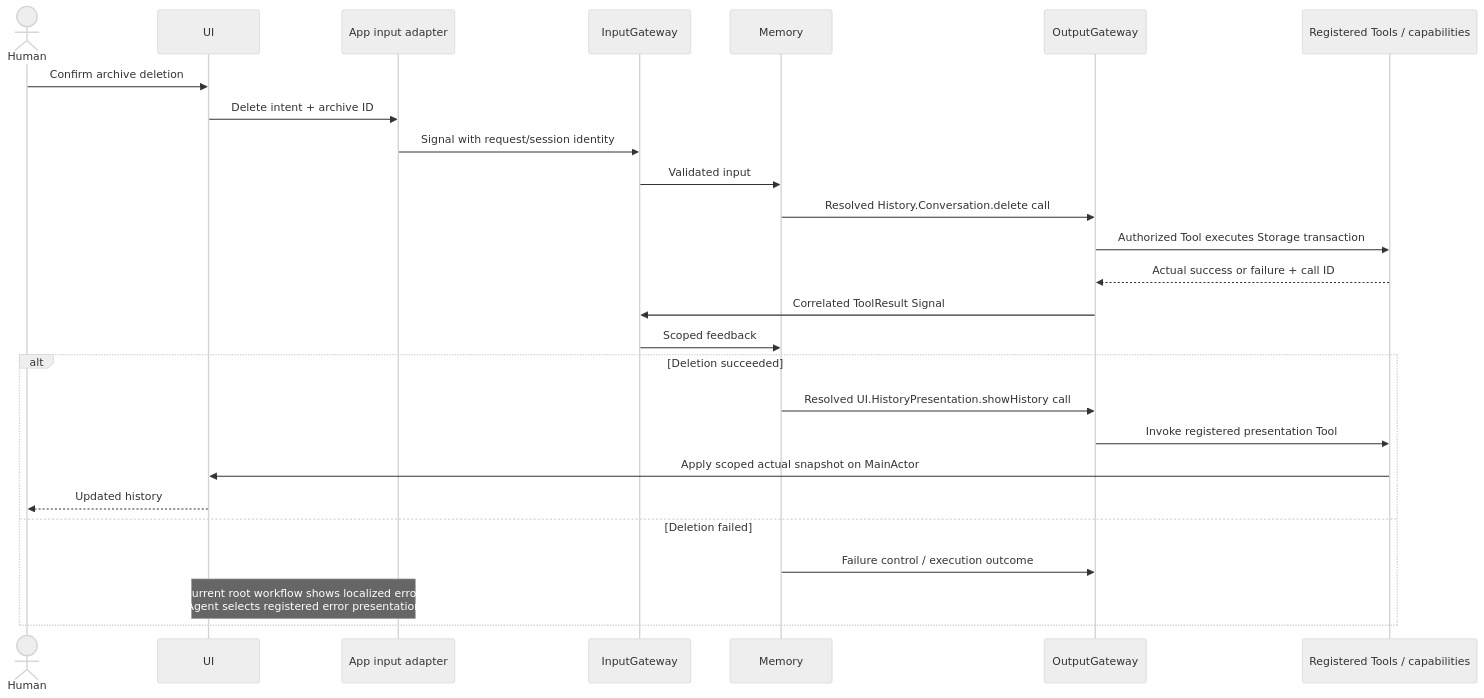
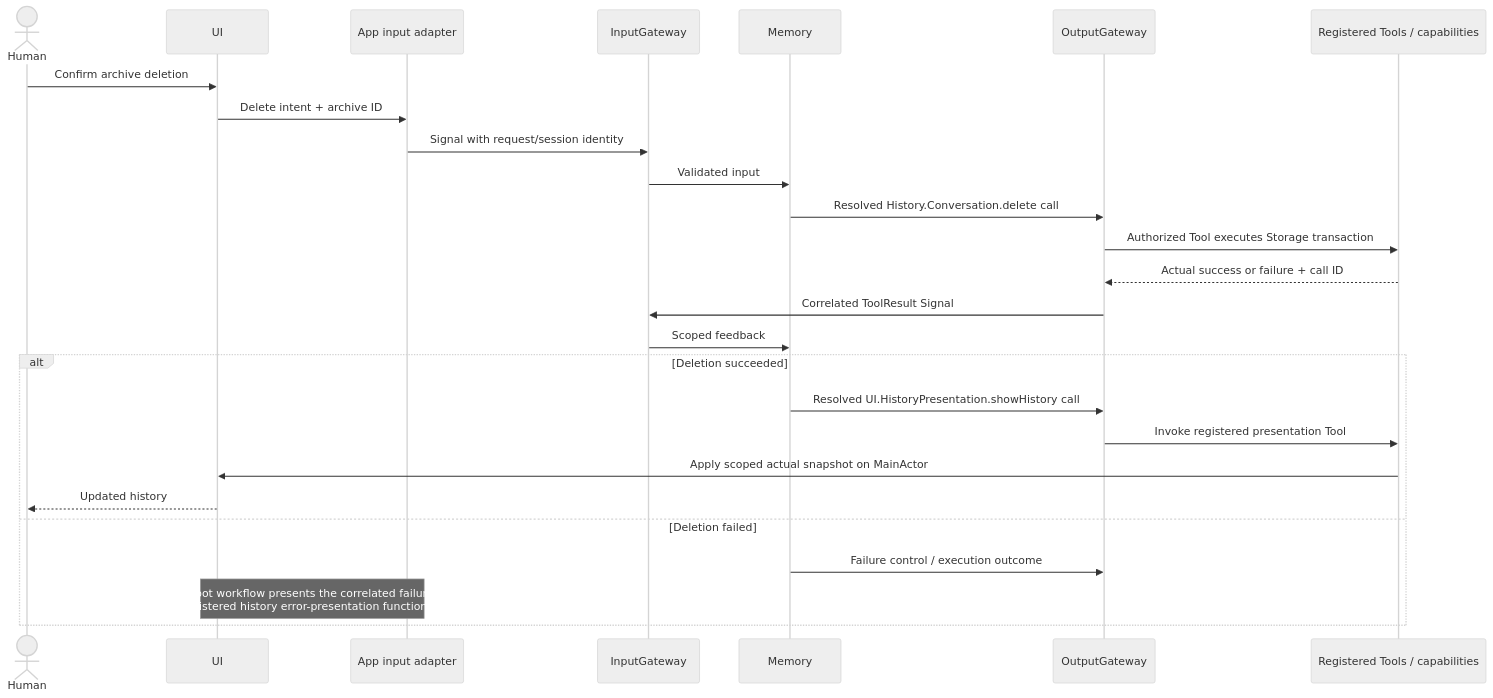
One commit to devilyouwei/MobileHarness changed diagram 26 of 33 in MobileHarness/README.md. Above: the diagram before and after it, drawn with Mermaid (neutral theme). The commit also changed other lines of this file and 116 other files, not shown here.

````diff
--- a/MobileHarness/README.md
+++ b/MobileHarness/README.md
@@ -1083,28 +1508,28 @@
 ```mermaid
 sequenceDiagram
     actor Human
     participant UI
     participant App as App input adapter
     participant Input as InputGateway
     participant Agent as Memory
     participant Output as OutputGateway
     participant Effects as Registered Tools / capabilities
     Human->>UI: Confirm archive deletion
     UI->>App: Delete intent + archive ID
     App->>Input: Signal with request/session identity
     Input->>Agent: Validated input
     Agent->>Output: Resolved History.Conversation.delete call
     Output->>Effects: Authorized Tool executes Storage transaction
     Effects-->>Output: Actual success or failure + call ID
     Output->>Input: Correlated ToolResult Signal
     Input->>Agent: Scoped feedback
     alt Deletion succeeded
         Agent->>Output: Resolved UI.HistoryPresentation.showHistory call
         Output->>Effects: Invoke registered presentation Tool
         Effects->>UI: Apply scoped actual snapshot on MainActor
         UI-->>Human: Updated history
     else Deletion failed
         Agent->>Output: Failure control / execution outcome
-        Note over App,UI: Current root workflow shows localized error.<br/>Agent selects registered error presentation
+        Note over App,UI: Root workflow presents the correlated failure.<br/>No registered history error-presentation function exists
     end
 ```
````
